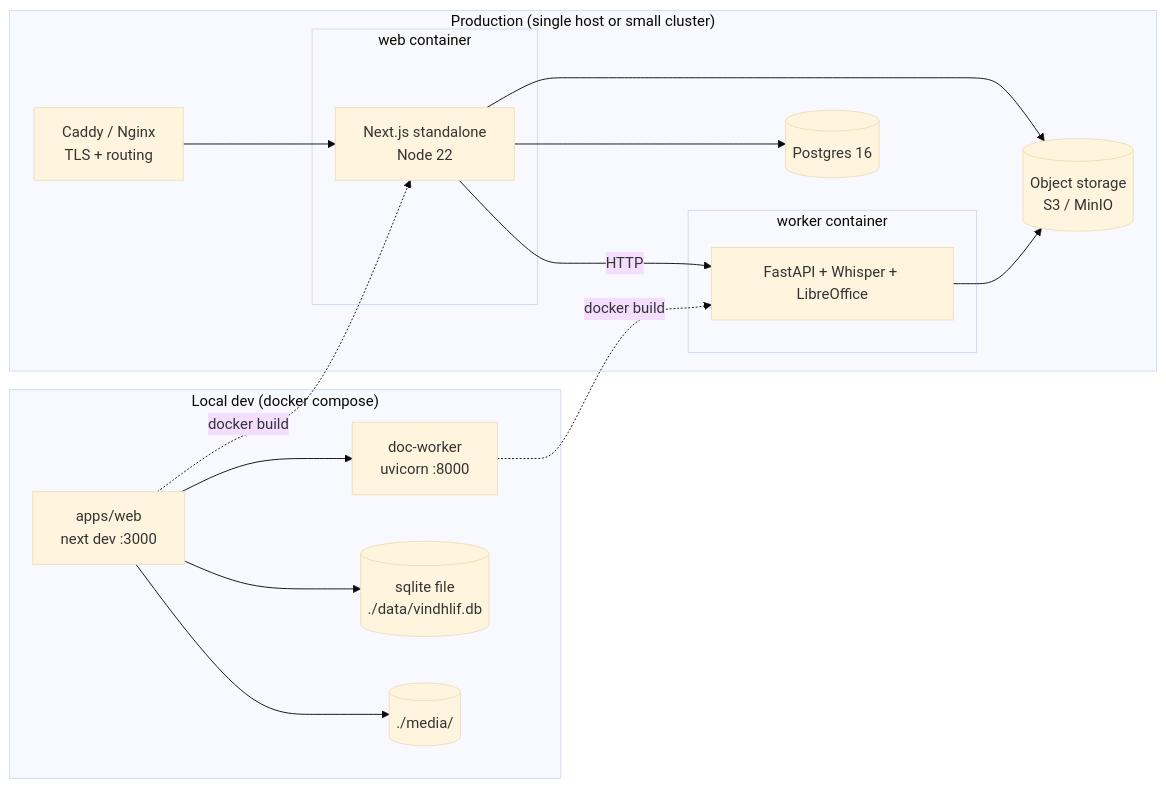
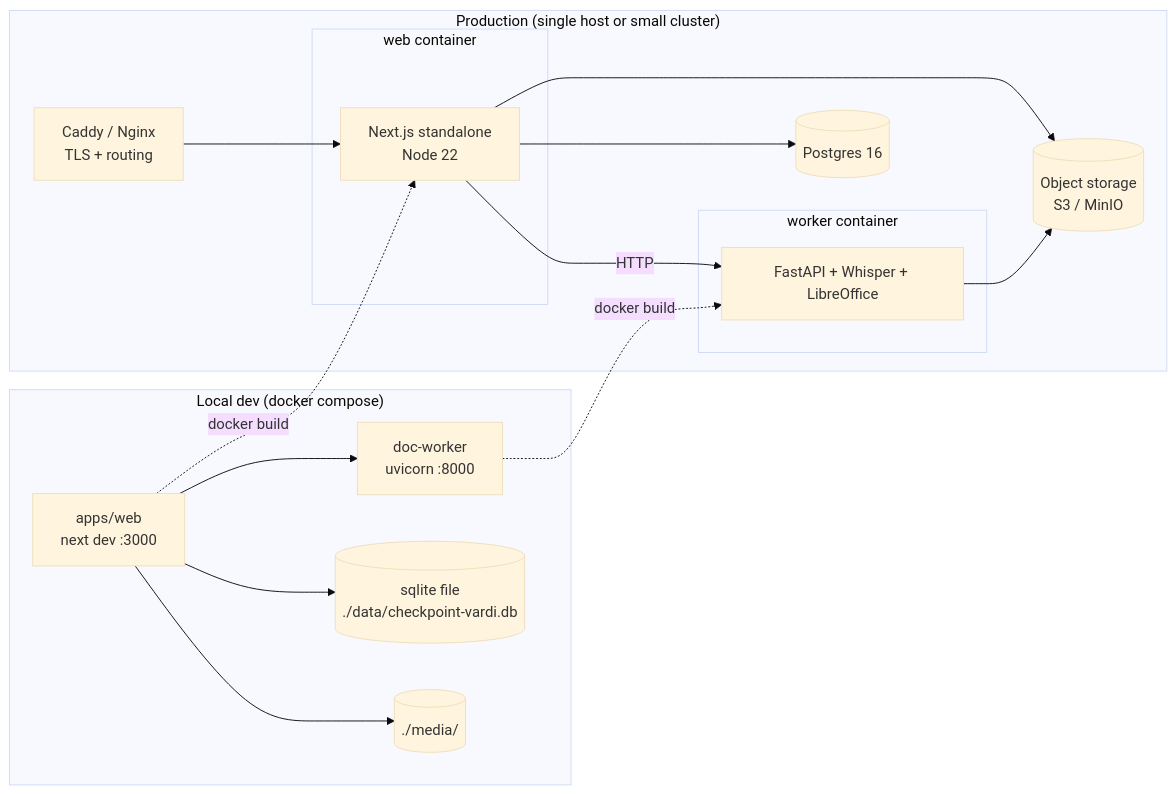
The diagram in docs/diagrams/07-deployment-topology.mmd (aglt/checkpoint-vardi), drawn with Mermaid (base theme) before and after one commit. The commit also changed 27 other files, not shown here.

```diff
--- a/docs/diagrams/07-deployment-topology.mmd
+++ b/docs/diagrams/07-deployment-topology.mmd
@@ -1,31 +1,31 @@
 %% Deployment topology — local dev and production
 flowchart LR
     subgraph dev["Local dev (docker compose)"]
         devWeb["apps/web<br/>next dev :3000"]
         devWorker["doc-worker<br/>uvicorn :8000"]
-        devSqlite[("sqlite file<br/>./data/vindhlif.db")]
+        devSqlite[("sqlite file<br/>./data/checkpoint-vardi.db")]
         devMedia[("./media/")]
         devWeb --> devSqlite
         devWeb --> devMedia
         devWeb --> devWorker
     end
 
     subgraph prod["Production (single host or small cluster)"]
         proxy["Caddy / Nginx<br/>TLS + routing"]
         subgraph webCt["web container"]
             nextNode["Next.js standalone<br/>Node 22"]
         end
         subgraph workerCt["worker container"]
             py["FastAPI + Whisper + LibreOffice"]
         end
         pg[("Postgres 16")]
         obj[("Object storage<br/>S3 / MinIO")]
         proxy --> nextNode
         nextNode --> pg
         nextNode --> obj
         nextNode -->|HTTP| py
         py --> obj
     end
 
     devWeb -. docker build .-> nextNode
     devWorker -. docker build .-> py
```
